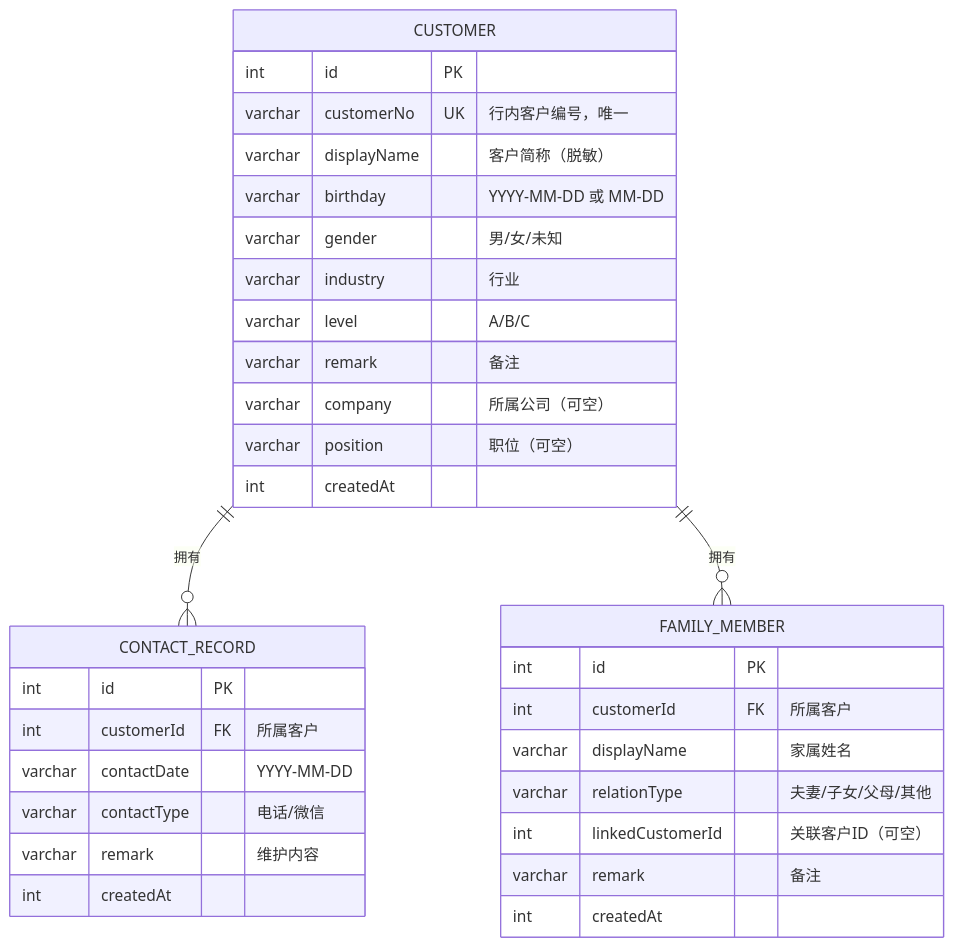
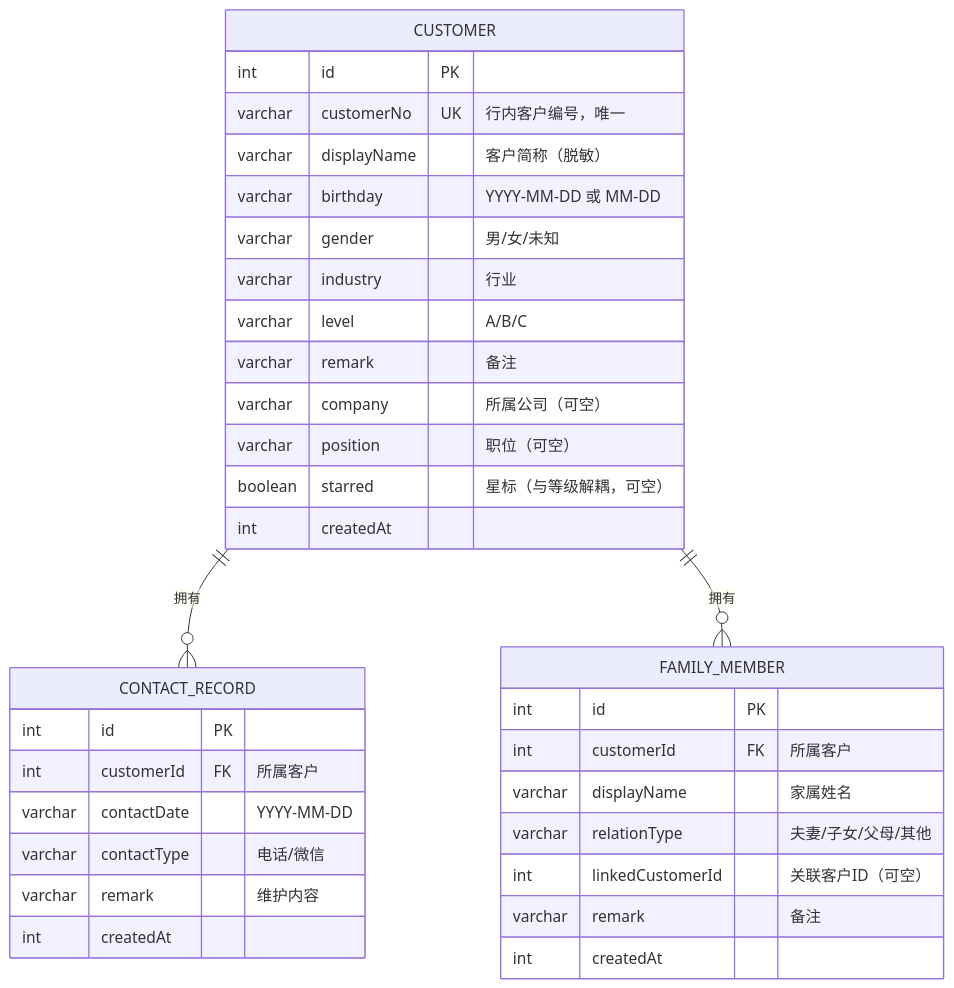
The diagram in docs/心桥_PRD产品文档.md (ninkoro-ai/guanai), drawn with Mermaid before and after one commit. The commit also changed other lines of this file and 3 other files, not shown here.

Commit message:
docs: PRD 全量版 V4.0（含新增功能与各模块设计考量）；用户手册全量版 V1.2（新增星标/生日标签/家属增强/导出提醒/轻量化章节与设计考量说明，更新截图）

````diff
--- a/docs/心桥_PRD产品文档.md
+++ b/docs/心桥_PRD产品文档.md
@@ -589,36 +718,37 @@
 ```mermaid
 erDiagram
     CUSTOMER ||--o{ CONTACT_RECORD : "拥有"
     CUSTOMER ||--o{ FAMILY_MEMBER : "拥有"
 
     CUSTOMER {
         int id PK
         varchar customerNo UK "行内客户编号，唯一"
         varchar displayName "客户简称（脱敏）"
         varchar birthday "YYYY-MM-DD 或 MM-DD"
         varchar gender "男/女/未知"
         varchar industry "行业"
         varchar level "A/B/C"
         varchar remark "备注"
         varchar company "所属公司（可空）"
         varchar position "职位（可空）"
+        boolean starred "星标（与等级解耦，可空）"
         int createdAt
     }
     CONTACT_RECORD {
         int id PK
         int customerId FK "所属客户"
         varchar contactDate "YYYY-MM-DD"
         varchar contactType "电话/微信"
         varchar remark "维护内容"
         int createdAt
     }
     FAMILY_MEMBER {
         int id PK
         int customerId FK "所属客户"
         varchar displayName "家属姓名"
         varchar relationType "夫妻/子女/父母/其他"
         int linkedCustomerId "关联客户ID（可空）"
         varchar remark "备注"
         int createdAt
     }
 ```
````
